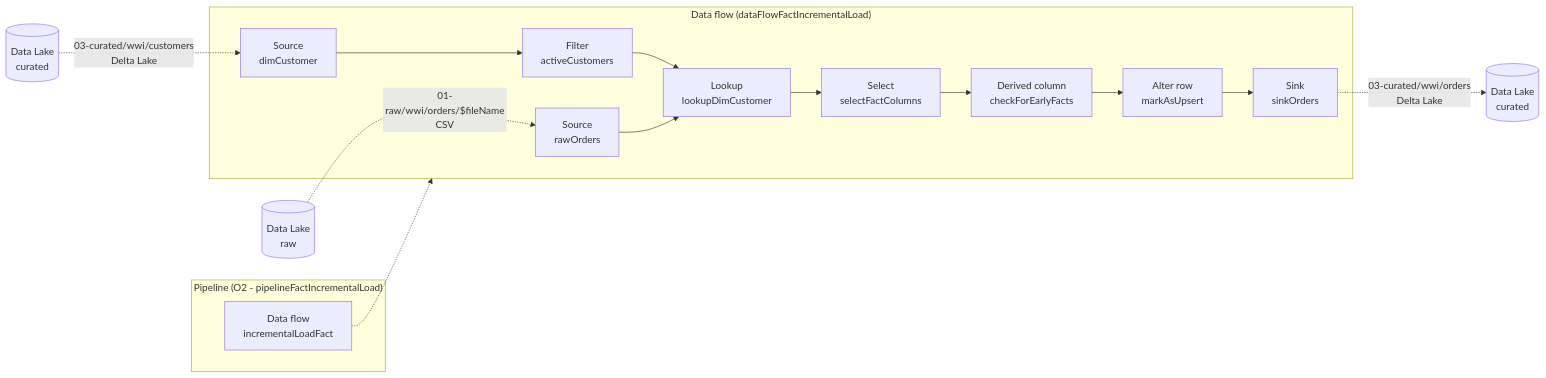
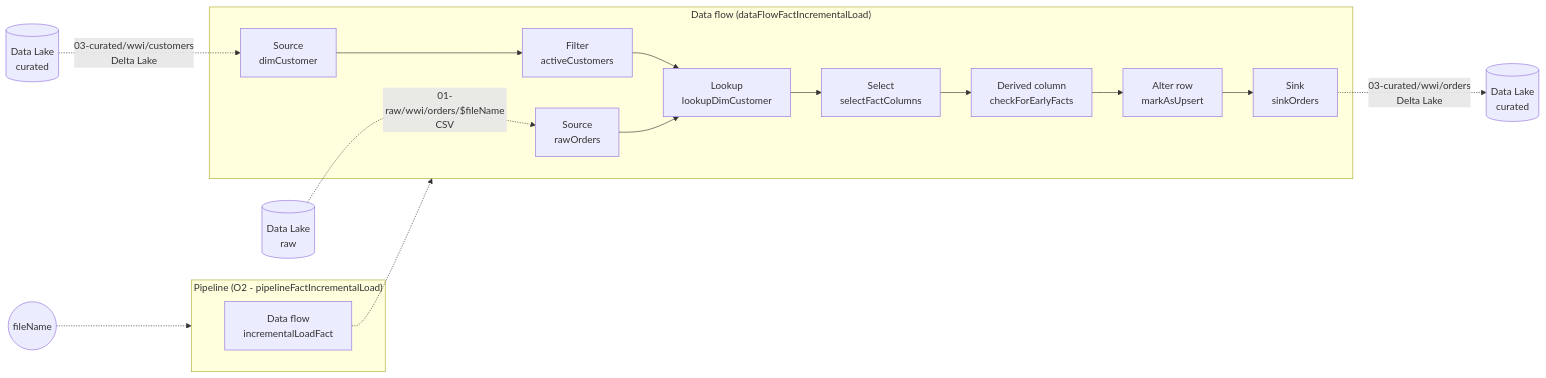
The diagram in modules/module02b.md (tayganr/lakehouse), drawn with Mermaid before and after one commit.

````diff
--- a/modules/module02b.md
+++ b/modules/module02b.md
@@ -15,36 +15,39 @@
 ```mermaid
 flowchart LR
+
+param((fileName))
+param-.->p
 
 ds1[(Data Lake\nraw)]
 ds2a[(Data Lake\ncurated)]
 ds2b[(Data Lake\ncurated)]
 
 ds1-."01-raw/wwi/orders/$fileName\nCSV".->df1
 ds2b-."03-curated/wwi/customers\nDelta Lake".->df7
 df6-."03-curated/wwi/orders\nDelta Lake".->ds2a
 
 subgraph p["Pipeline (O2 - pipelineFactIncrementalLoad)"]
 a1[Data flow\nincrementalLoadFact]
 end
 
 a1-.->df
 
 subgraph df["Data flow (dataFlowFactIncrementalLoad)"]
 df1[Source\nrawOrders]
 df2[Lookup\nlookupDimCustomer]
 df3[Select\nselectFactColumns]
 df4[Derived column\ncheckForEarlyFacts]
 df5[Alter row\nmarkAsUpsert]
 df6[Sink\nsinkOrders]
 df7[Source\ndimCustomer]
 df8[Filter\nactiveCustomers]
 df1-->df2
 df2-->df3
 df3-->df4
 df4-->df5
 df5-->df6
 df7-->df8
 df8-->df2
 end
 
 ```
````
